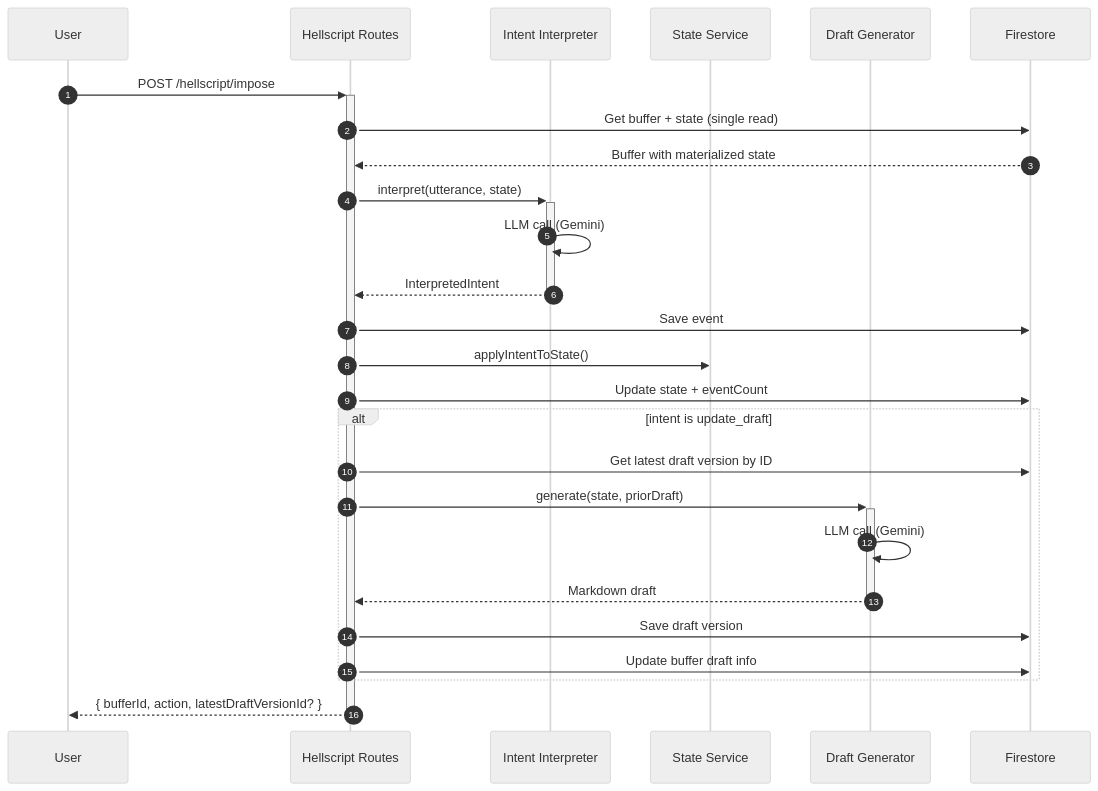
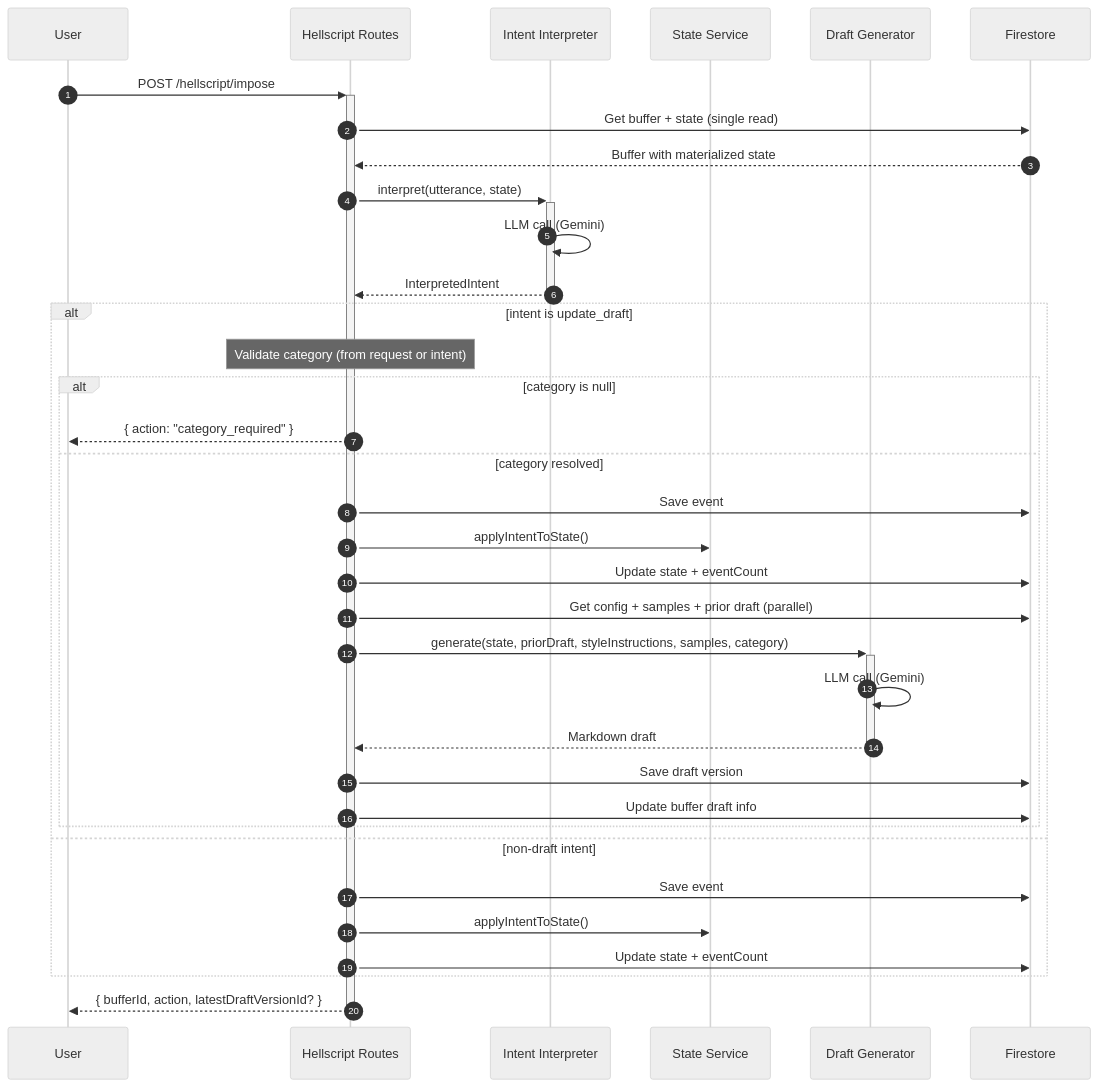
Before and after one commit to pbuchman/intexuraos: the second of 2 diagrams in docs/services/hellscript-agent/technical.md, drawn with Mermaid (neutral theme). The commit also changed other lines of this file and 154 other files, not shown here.

````diff
--- a/docs/services/hellscript-agent/technical.md
+++ b/docs/services/hellscript-agent/technical.md
@@ -47,29 +47,38 @@
 ```mermaid
 sequenceDiagram
     autonumber
     participant User
     participant API as Hellscript Routes
     participant Interpreter as Intent Interpreter
     participant State as State Service
     participant DraftGen as Draft Generator
     participant Firestore
 
     User->>+API: POST /hellscript/impose
     API->>Firestore: Get buffer + state (single read)
     Firestore-->>API: Buffer with materialized state
     API->>+Interpreter: interpret(utterance, state)
     Interpreter->>Interpreter: LLM call (Gemini)
     Interpreter-->>-API: InterpretedIntent
-    API->>Firestore: Save event
-    API->>State: applyIntentToState()
-    API->>Firestore: Update state + eventCount
     alt intent is update_draft
-        API->>Firestore: Get latest draft version by ID
-        API->>+DraftGen: generate(state, priorDraft)
-        DraftGen->>DraftGen: LLM call (Gemini)
-        DraftGen-->>-API: Markdown draft
-        API->>Firestore: Save draft version
-        API->>Firestore: Update buffer draft info
+        Note over API: Validate category (from request or intent)
+        alt category is null
+            API-->>User: { action: "category_required" }
+        else category resolved
+            API->>Firestore: Save event
+            API->>State: applyIntentToState()
+            API->>Firestore: Update state + eventCount
+            API->>Firestore: Get config + samples + prior draft (parallel)
+            API->>+DraftGen: generate(state, priorDraft, styleInstructions, samples, category)
+            DraftGen->>DraftGen: LLM call (Gemini)
+            DraftGen-->>-API: Markdown draft
+            API->>Firestore: Save draft version
+            API->>Firestore: Update buffer draft info
+        end
+    else non-draft intent
+        API->>Firestore: Save event
+        API->>State: applyIntentToState()
+        API->>Firestore: Update state + eventCount
     end
     API-->>-User: { bufferId, action, latestDraftVersionId? }
 ```
````
